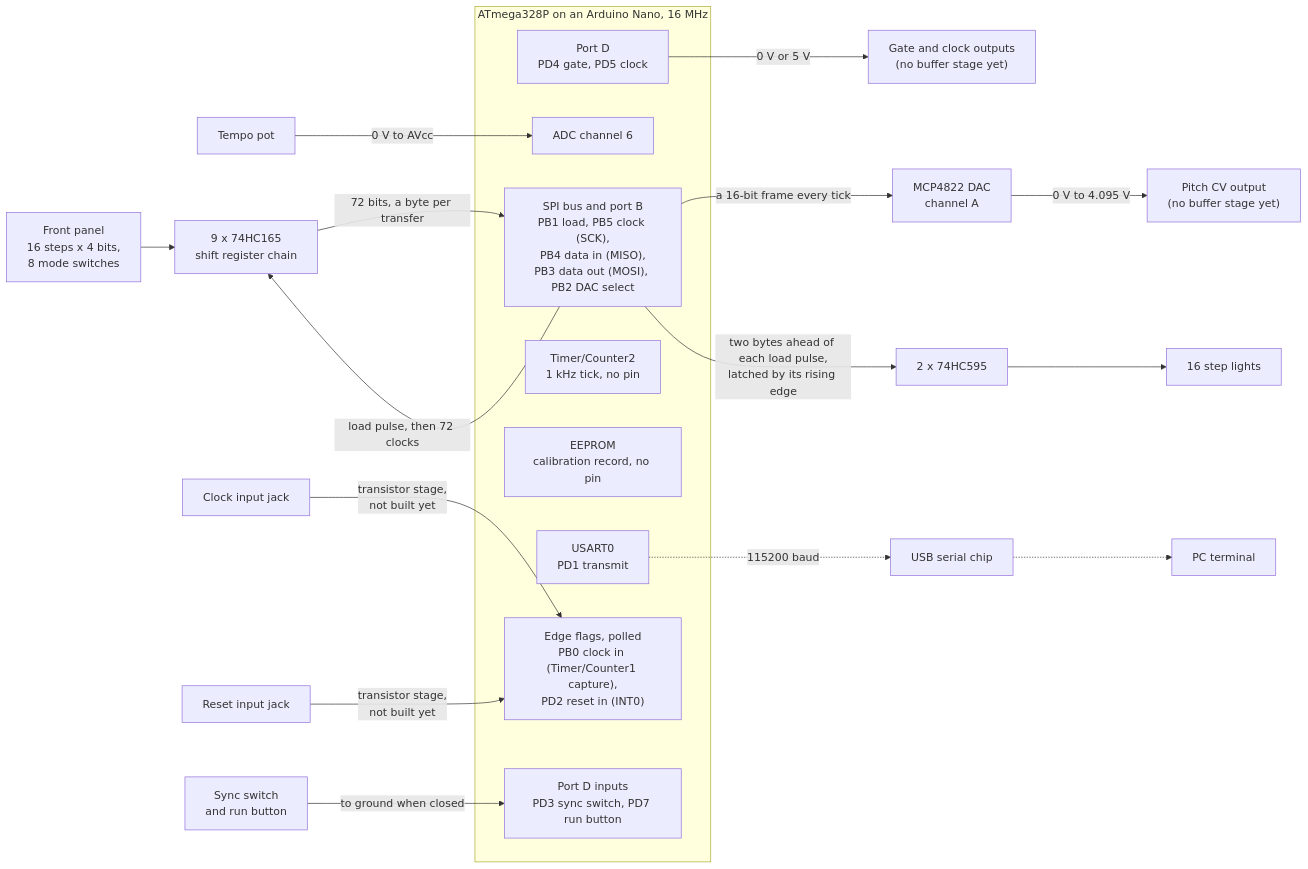
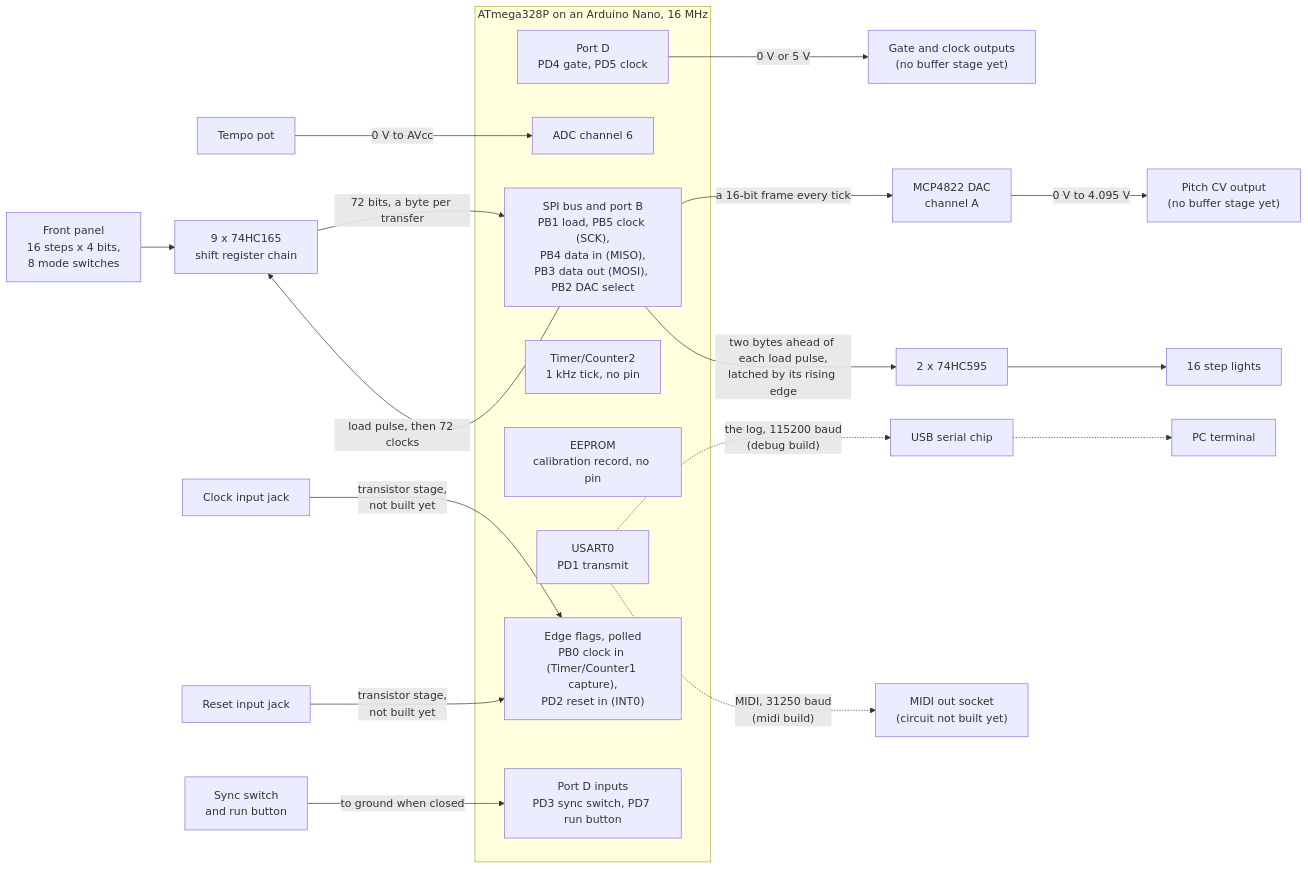
The first of 28 diagrams in docs/ARCHITECTURE.md (BonelessPig/nano_sequencer), drawn with Mermaid before and after one commit. The commit also changed other lines of this file and 46 other files, not shown here.

First line of the commit message:
Phase 10, first piece: MIDI out

````diff
--- a/docs/ARCHITECTURE.md
+++ b/docs/ARCHITECTURE.md
@@ -33,28 +34,29 @@
 ```mermaid
 flowchart LR
     panel["Front panel<br/>16 steps x 4 bits,<br/>8 mode switches"] --> chain["9 x 74HC165<br/>shift register chain"]
     pot["Tempo pot"]
     subgraph mcu["ATmega328P on an Arduino Nano, 16 MHz"]
         gpio["SPI bus and port B<br/>PB1 load, PB5 clock (SCK),<br/>PB4 data in (MISO),<br/>PB3 data out (MOSI), PB2 DAC select"]
         adc["ADC channel 6"]
         usart["USART0<br/>PD1 transmit"]
         timer["Timer/Counter2<br/>1 kHz tick, no pin"]
         eeprom["EEPROM<br/>calibration record, no pin"]
         outs["Port D<br/>PD4 gate, PD5 clock"]
         edges["Edge flags, polled<br/>PB0 clock in (Timer/Counter1 capture),<br/>PD2 reset in (INT0)"]
         levels["Port D inputs<br/>PD3 sync switch, PD7 run button"]
     end
     clkjack["Clock input jack"] -->|"transistor stage,<br/>not built yet"| edges
     rstjack["Reset input jack"] -->|"transistor stage,<br/>not built yet"| edges
     sw["Sync switch<br/>and run button"] -->|"to ground when closed"| levels
     outs -->|"0 V or 5 V"| jacks["Gate and clock outputs<br/>(no buffer stage yet)"]
     gpio -->|"load pulse, then 72 clocks"| chain
     gpio -->|"a 16-bit frame every tick"| dac["MCP4822 DAC<br/>channel A"]
     gpio -->|"two bytes ahead of each load pulse,<br/>latched by its rising edge"| ledchain["2 x 74HC595"]
     ledchain --> lights["16 step lights"]
     dac -->|"0 V to 4.095 V"| cvjack["Pitch CV output<br/>(no buffer stage yet)"]
     chain -->|"72 bits, a byte per transfer"| gpio
     pot -->|"0 V to AVcc"| adc
-    usart -.->|"115200 baud"| usb["USB serial chip"]
+    usart -.->|"the log, 115200 baud<br/>(debug build)"| usb["USB serial chip"]
     usb -.-> pc["PC terminal"]
+    usart -.->|"MIDI, 31250 baud<br/>(midi build)"| midi["MIDI out socket<br/>(circuit not built yet)"]
 ```
````
